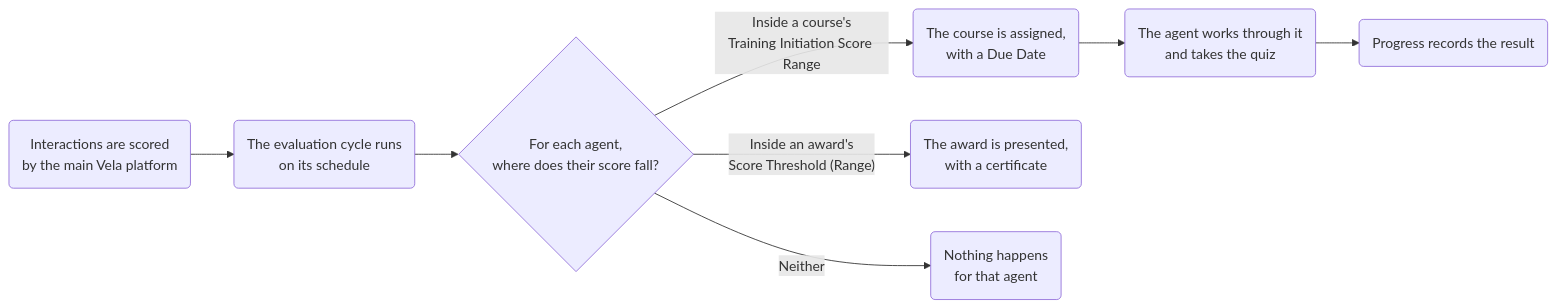
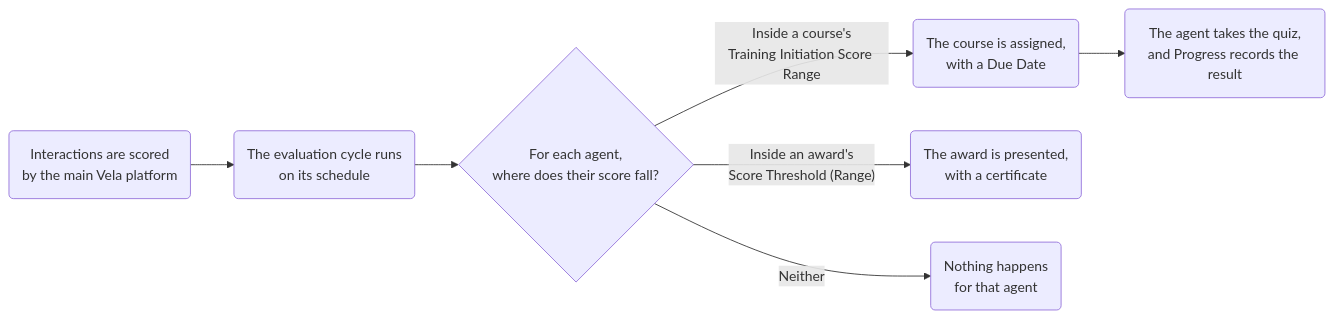
One commit to Botlhale-AI/docs-coaching-portal changed the diagram in docs/explanation/how-coaching-works.md. Above: the diagram before and after it, drawn with Mermaid. The commit also changed other lines of this file and 16 other files, not shown here.

````diff
--- a/docs/explanation/how-coaching-works.md
+++ b/docs/explanation/how-coaching-works.md
@@ -40,10 +40,9 @@
 ```mermaid
 flowchart LR
     A("Interactions are scored<br/>by the main Vela platform") --> B("The evaluation cycle runs<br/>on its schedule")
     B --> C{"For each agent,<br/>where does their score fall?"}
     C -- "Inside a course's<br/>Training Initiation Score Range" --> D("The course is assigned,<br/>with a Due Date")
     C -- "Inside an award's<br/>Score Threshold (Range)" --> E("The award is presented,<br/>with a certificate")
     C -- "Neither" --> F("Nothing happens<br/>for that agent")
-    D --> G("The agent works through it<br/>and takes the quiz")
-    G --> H("Progress records the result")
+    D --> G("The agent takes the quiz,<br/>and Progress records the result")
 ```
````
